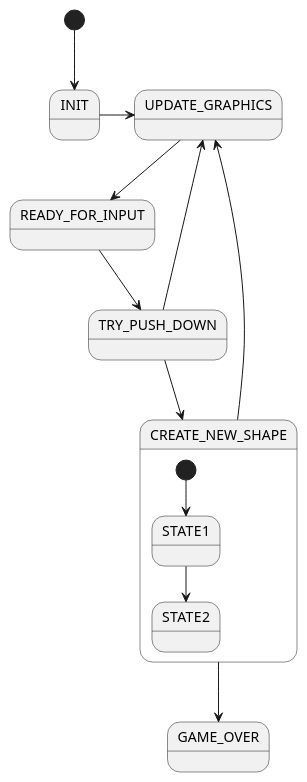
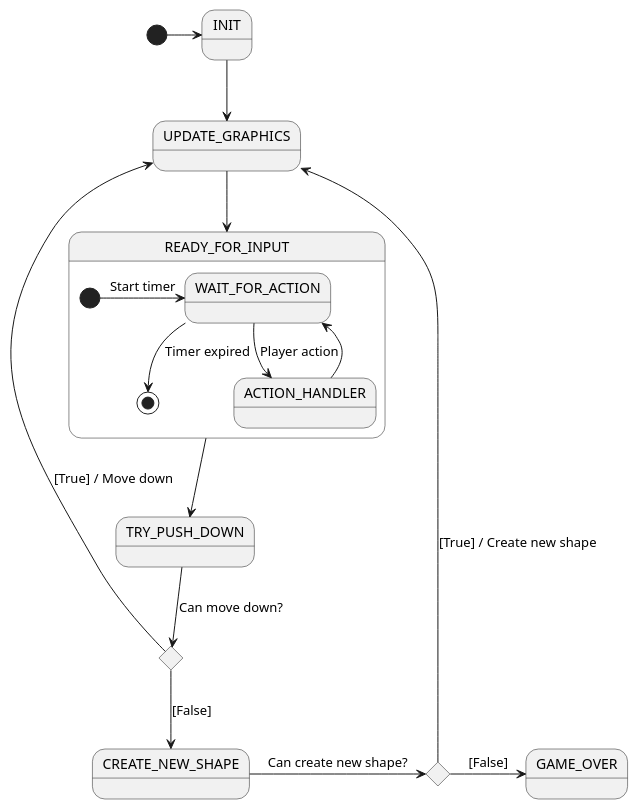
One commit to Yoda92/AMS_TETRIS changed the diagram in diagrams/seq_tetris.wsd. Above: the diagram before and after it, drawn with PlantUML. The commit also changed 17 other files, not shown here.

```diff
--- a/diagrams/seq_tetris.wsd
+++ b/diagrams/seq_tetris.wsd
@@ -1,19 +1,26 @@
 @startuml
+
+    state C1 <<choice>>
+    state C2 <<choice>>
     
-    [*] --> INIT
-    INIT -> UPDATE_GRAPHICS
+    [*] -> INIT
+    INIT --> UPDATE_GRAPHICS
     UPDATE_GRAPHICS --> READY_FOR_INPUT
     READY_FOR_INPUT --> TRY_PUSH_DOWN
 
-    TRY_PUSH_DOWN --> UPDATE_GRAPHICS
-    TRY_PUSH_DOWN --> CREATE_NEW_SHAPE
+    TRY_PUSH_DOWN --> C1 : Can move down?
+    C1 --> UPDATE_GRAPHICS : [True] / Move down
+    C1 --> CREATE_NEW_SHAPE : [False]
 
-    CREATE_NEW_SHAPE --> UPDATE_GRAPHICS
-    CREATE_NEW_SHAPE --> GAME_OVER
+    CREATE_NEW_SHAPE -> C2 : Can create new shape?
+    C2 --> UPDATE_GRAPHICS : [True] / Create new shape
+    C2 -> GAME_OVER : [False]
 
-    state CREATE_NEW_SHAPE {
-        [*] --> STATE1
-        STATE1 --> STATE2
+    state READY_FOR_INPUT {
+        [*] -> WAIT_FOR_ACTION : Start timer
+        WAIT_FOR_ACTION --> [*] : Timer expired
+        WAIT_FOR_ACTION --> ACTION_HANDLER : Player action
+        ACTION_HANDLER --> WAIT_FOR_ACTION
     }
 
 @enduml
```
